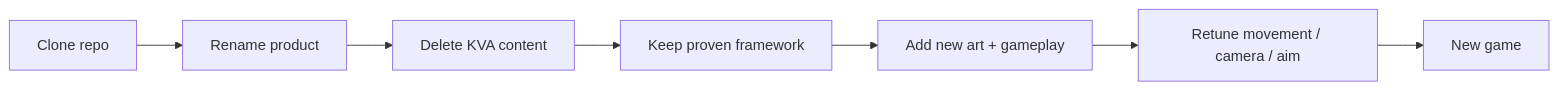
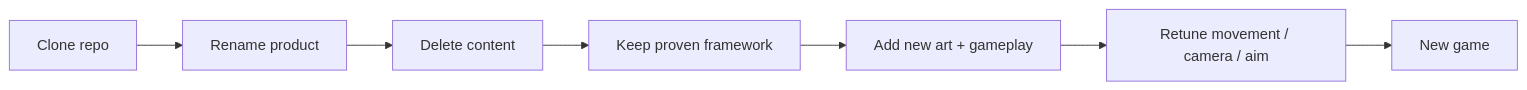
Before and after one commit to edscustoms/kids-vs-aliens: the second of 2 diagrams in Assets/Game/README.md, drawn with Mermaid. The commit also changed other lines of this file and 117 other files, not shown here.

````diff
--- a/Assets/Game/README.md
+++ b/Assets/Game/README.md
@@ -179,9 +179,9 @@
 ```mermaid
 flowchart LR
     A[Clone repo] --> B[Rename product]
-    B --> C[Delete KVA content]
+    B --> C[Delete content]
     C --> D[Keep proven framework]
     D --> E[Add new art + gameplay]
     E --> F[Retune movement / camera / aim]
     F --> G[New game]
 ```
````
